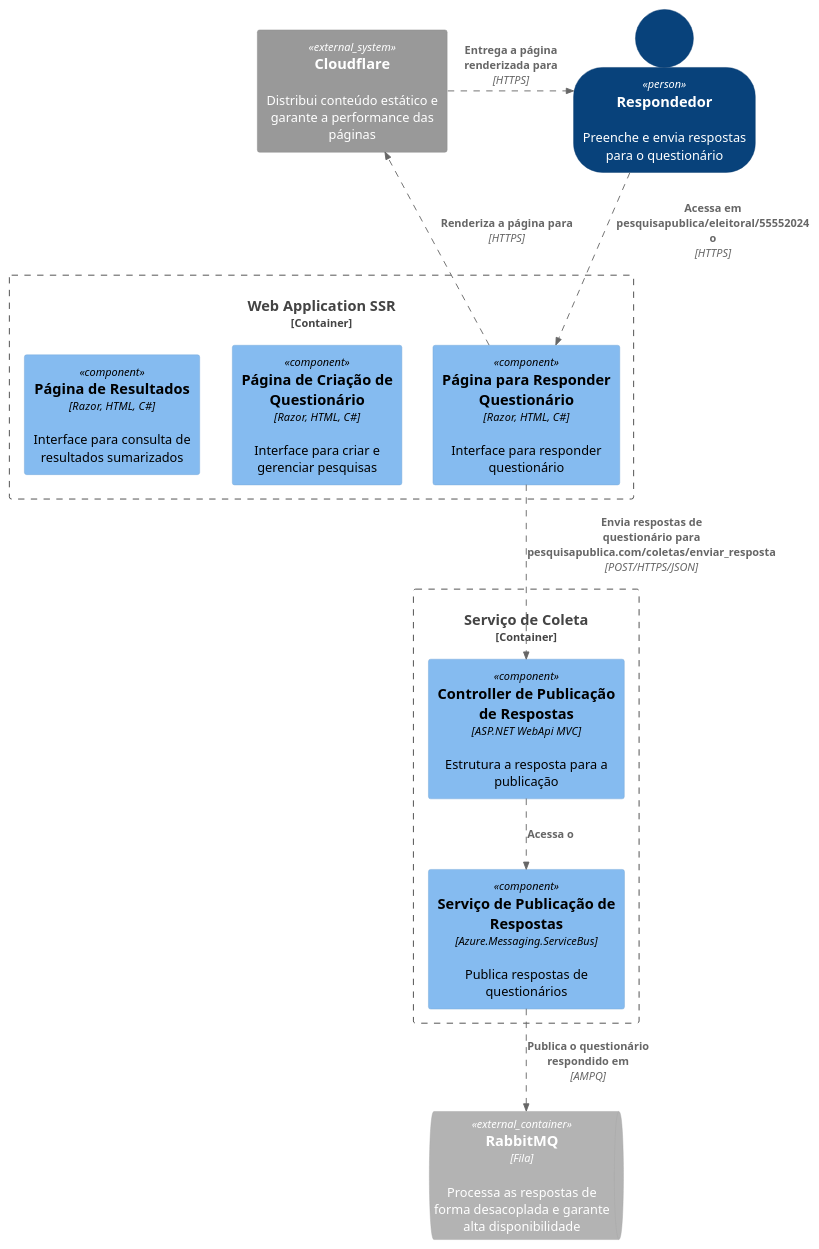
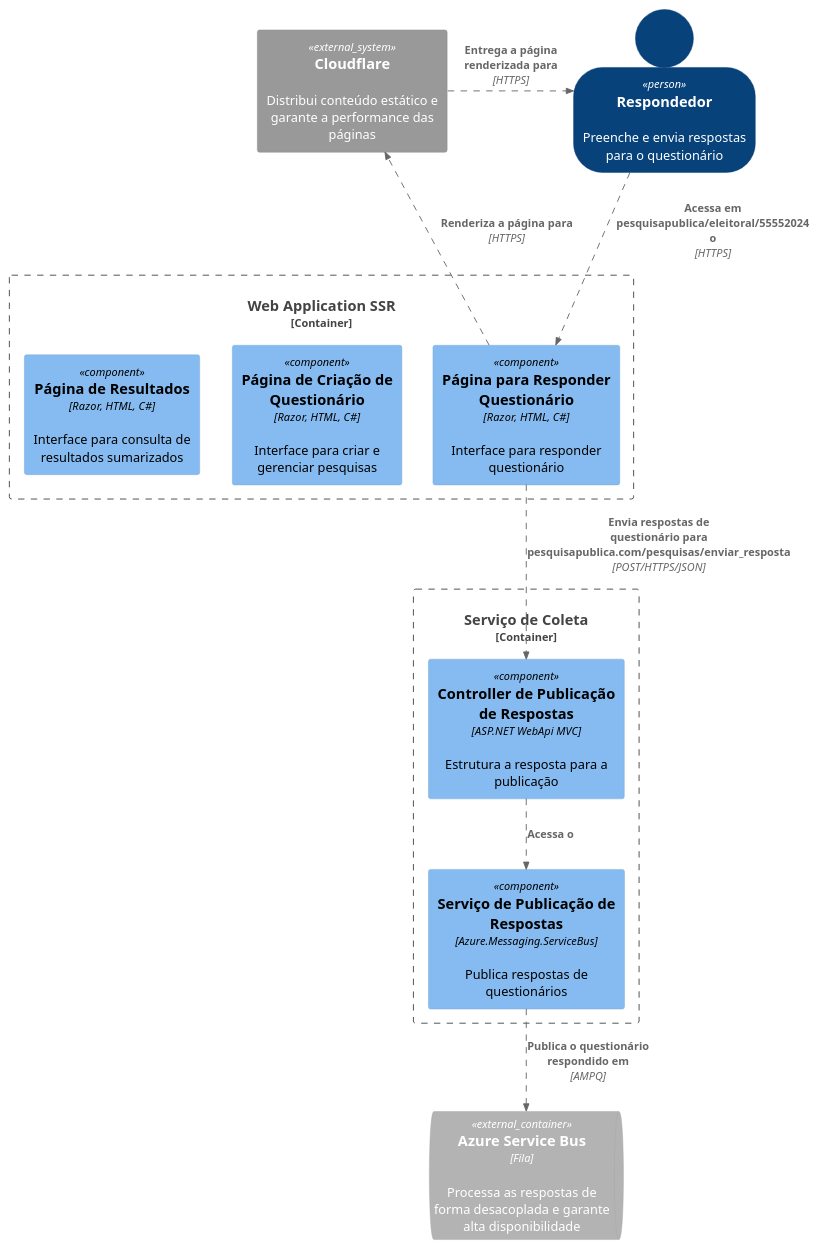
The diagram in C4Architecture/C3PaginaResposta.puml (silviobassi/PesquisaPublica.Documents), drawn with PlantUML before and after one commit. The commit also changed 11 other files, not shown here.

```diff
--- a/C4Architecture/C3PaginaResposta.puml
+++ b/C4Architecture/C3PaginaResposta.puml
@@ -1,30 +1,30 @@
 @startuml
 !include https://raw.githubusercontent.com/plantuml-stdlib/C4-PlantUML/master/C4_Component.puml
 
 AddRelTag("async", $lineStyle = DashedLine())
 
 SHOW_PERSON_OUTLINE()
 
 Person(respondedor, "Respondedor", "Preenche e envia respostas para o questionário")
 System_Ext(cdn, "Cloudflare", "Distribui conteúdo estático e garante a performance das páginas")
 
-ContainerQueue_Ext( servicebus, "RabbitMQ", "Fila", "Processa as respostas de forma desacoplada e garante alta disponibilidade")
+ContainerQueue_Ext( servicebus, "Azure Service Bus", "Fila", "Processa as respostas de forma desacoplada e garante alta disponibilidade")
 
 Container_Boundary(WebApp, "Web Application SSR") {
     Component(respQuestionario, "Página para Responder Questionário", "Razor, HTML, C#", "Interface para responder questionário")
     Component(admQuestionario, "Página de Criação de Questionário", "Razor, HTML, C#", "Interface para criar e gerenciar pesquisas")
     Component(resultQuestionario, "Página de Resultados", "Razor, HTML, C#", "Interface para consulta de resultados sumarizados")
 }
 
 Container_Boundary(ServColeta, "Serviço de Coleta") {
     Component(contrResposta, "Controller de Publicação de Respostas", "ASP.NET WebApi MVC", "Estrutura a resposta para a publicação")
     Component(servPublicacao, "Serviço de Publicação de Respostas", "Azure.Messaging.ServiceBus", "Publica respostas de questionários")
 }
 
 Rel(respondedor, respQuestionario, "Acessa em pesquisapublica/eleitoral/55552024 o", "HTTPS", $tags="async")
 Rel(respQuestionario, cdn, "Renderiza a página para", "HTTPS", $tags="async")
 Rel_Right(cdn, respondedor, "Entrega a página renderizada para", "HTTPS", $tags="async")
 Rel(contrResposta, servPublicacao, "Acessa o", $tags="async")
 Rel(servPublicacao, servicebus, "Publica o questionário respondido em", "AMPQ", $tags="async")
-Rel(respQuestionario, contrResposta, "Envia respostas de questionário para pesquisapublica.com/coletas/enviar_resposta", "POST/HTTPS/JSON", $tags="async")
+Rel(respQuestionario, contrResposta, "Envia respostas de questionário para pesquisapublica.com/pesquisas/enviar_resposta", "POST/HTTPS/JSON", $tags="async")
 @enduml
```
